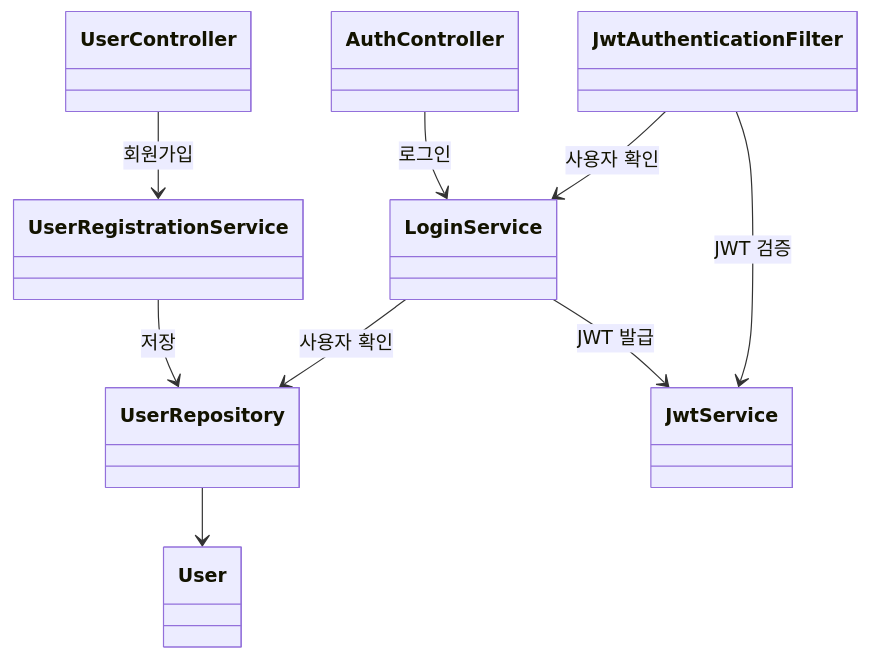
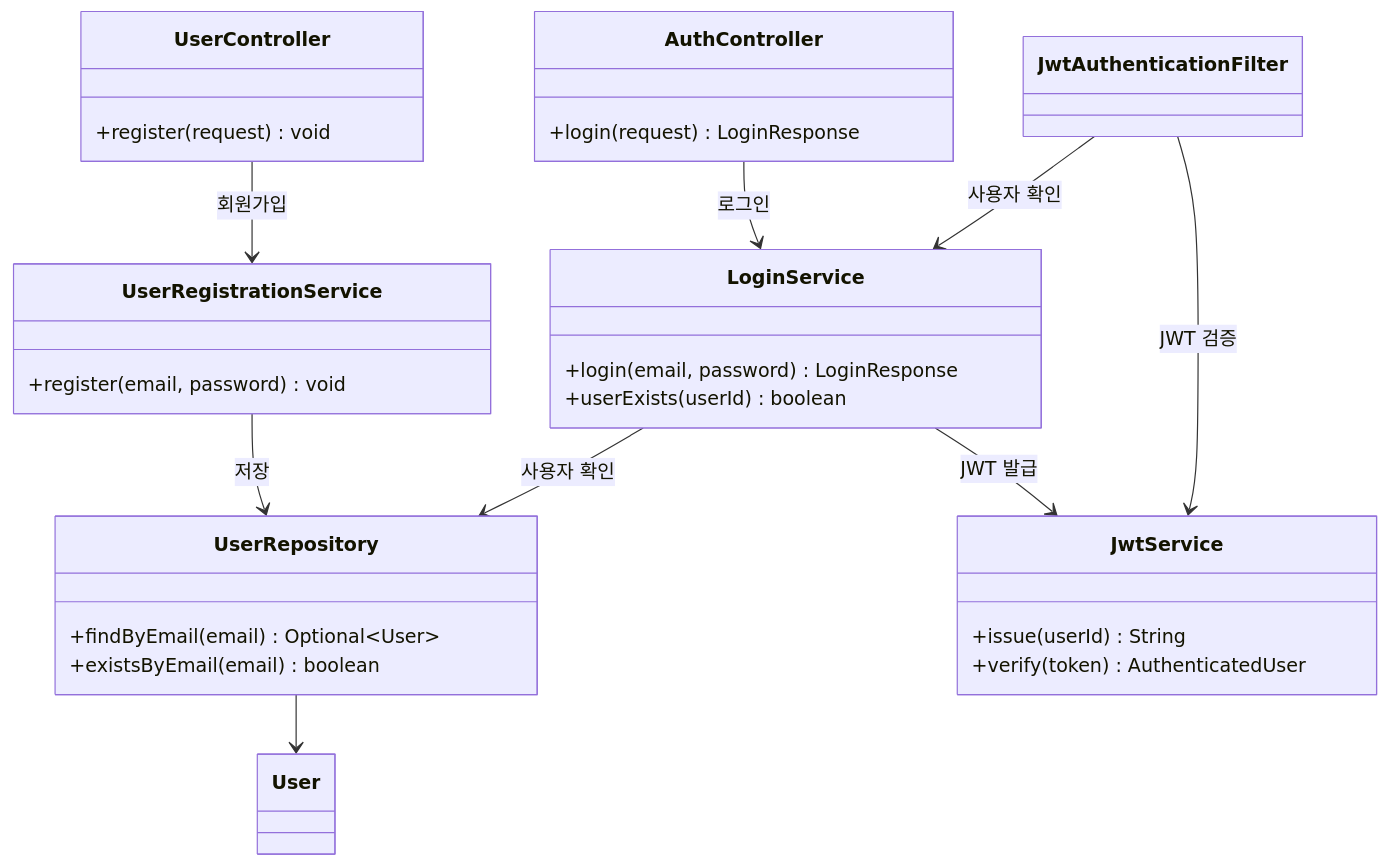
The first of 5 diagrams in README.md (Nerororo/Project_AI_Travel_Assistant), drawn with Mermaid before and after one commit. The commit also changed other lines of this file, not shown here.

````diff
--- a/README.md
+++ b/README.md
@@ -177,22 +177,37 @@
 ```mermaid
 classDiagram
 direction TB
 
-class UserController
-class AuthController
-class UserRegistrationService
-class LoginService
-class UserRepository
+class UserController {
+  +register(request) void
+}
+class AuthController {
+  +login(request) LoginResponse
+}
+class UserRegistrationService {
+  +register(email, password) void
+}
+class LoginService {
+  +login(email, password) LoginResponse
+  +userExists(userId) boolean
+}
+class UserRepository {
+  +findByEmail(email) Optional~User~
+  +existsByEmail(email) boolean
+}
 class User
 class JwtAuthenticationFilter
-class JwtService
+class JwtService {
+  +issue(userId) String
+  +verify(token) AuthenticatedUser
+}
 
 UserController --> UserRegistrationService : 회원가입
 UserRegistrationService --> UserRepository : 저장
 UserRepository --> User
 AuthController --> LoginService : 로그인
 LoginService --> UserRepository : 사용자 확인
 LoginService --> JwtService : JWT 발급
 JwtAuthenticationFilter --> JwtService : JWT 검증
 JwtAuthenticationFilter --> LoginService : 사용자 확인
 ```
````
